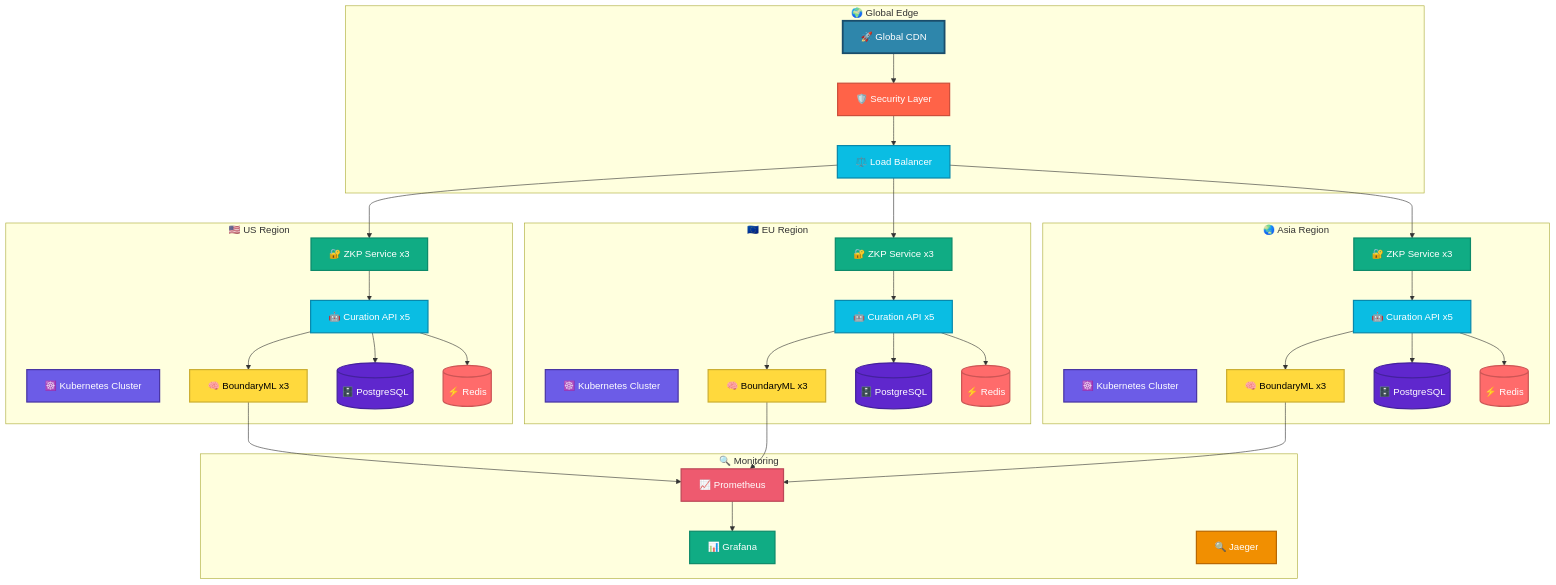
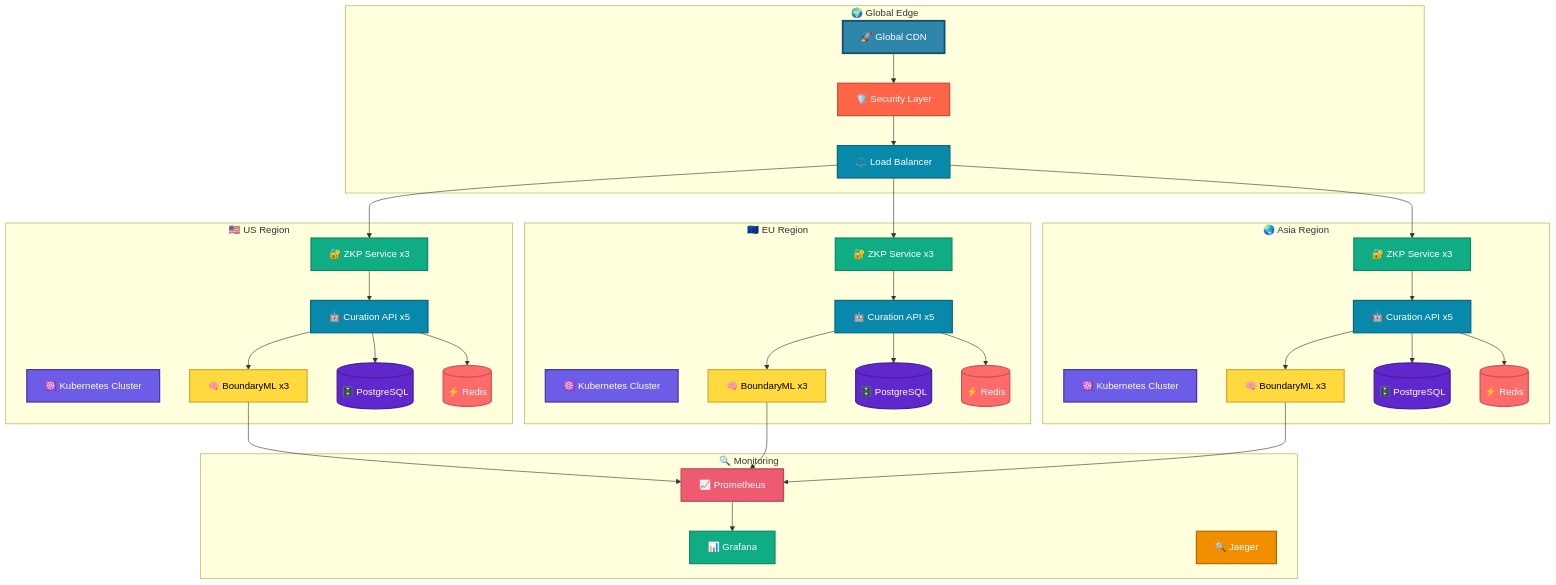
One commit to gitmujoshi/ai-curation-engine-cursor-generated changed diagram 11 of 13 in docs/architecture/AI_Curation_Engine_Architecture.md. Above: the diagram before and after it, drawn with Mermaid. The commit also changed other lines of this file and 6 other files, not shown here.

First line of the commit message:
Fix text contrast issues in architecture diagrams

```diff
--- a/docs/architecture/AI_Curation_Engine_Architecture.md
+++ b/docs/architecture/AI_Curation_Engine_Architecture.md
@@ -1834,26 +1834,26 @@
     
     %% Professional infrastructure color scheme
     style CDN fill:#2E86AB,stroke:#1A4D6B,stroke-width:3px,color:#fff
-    style LB fill:#0ABDE3,stroke:#0888AB,stroke-width:2px,color:#fff
+    style LB fill:#0888AB,stroke:#066A7A,stroke-width:2px,color:#fff
     style WAF fill:#FF6348,stroke:#CC4E3A,stroke-width:2px,color:#fff
     
     style US_K8S fill:#6C5CE7,stroke:#4834A3,stroke-width:2px,color:#fff
     style US_ZKP fill:#10AC84,stroke:#0D8A6A,stroke-width:2px,color:#fff
-    style US_API fill:#0ABDE3,stroke:#0888AB,stroke-width:2px,color:#fff
+    style US_API fill:#0888AB,stroke:#066A7A,stroke-width:2px,color:#fff
     style US_BML fill:#FFD93D,stroke:#CCAE31,stroke-width:2px,color:#000
     style US_DB fill:#5F27CD,stroke:#44219D,stroke-width:2px,color:#fff
     style US_CACHE fill:#FF6B6B,stroke:#CC5555,stroke-width:2px,color:#fff
     
     style EU_K8S fill:#6C5CE7,stroke:#4834A3,stroke-width:2px,color:#fff
     style EU_ZKP fill:#10AC84,stroke:#0D8A6A,stroke-width:2px,color:#fff
-    style EU_API fill:#0ABDE3,stroke:#0888AB,stroke-width:2px,color:#fff
+    style EU_API fill:#0888AB,stroke:#066A7A,stroke-width:2px,color:#fff
     style EU_BML fill:#FFD93D,stroke:#CCAE31,stroke-width:2px,color:#000
     style EU_DB fill:#5F27CD,stroke:#44219D,stroke-width:2px,color:#fff
     style EU_CACHE fill:#FF6B6B,stroke:#CC5555,stroke-width:2px,color:#fff
     
     style AS_K8S fill:#6C5CE7,stroke:#4834A3,stroke-width:2px,color:#fff
     style AS_ZKP fill:#10AC84,stroke:#0D8A6A,stroke-width:2px,color:#fff
-    style AS_API fill:#0ABDE3,stroke:#0888AB,stroke-width:2px,color:#fff
+    style AS_API fill:#0888AB,stroke:#066A7A,stroke-width:2px,color:#fff
     style AS_BML fill:#FFD93D,stroke:#CCAE31,stroke-width:2px,color:#000
     style AS_DB fill:#5F27CD,stroke:#44219D,stroke-width:2px,color:#fff
     style AS_CACHE fill:#FF6B6B,stroke:#CC5555,stroke-width:2px,color:#fff
```
